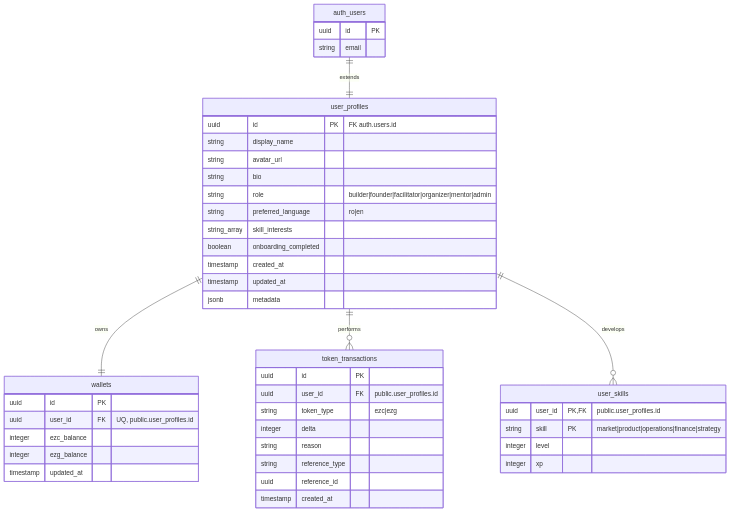
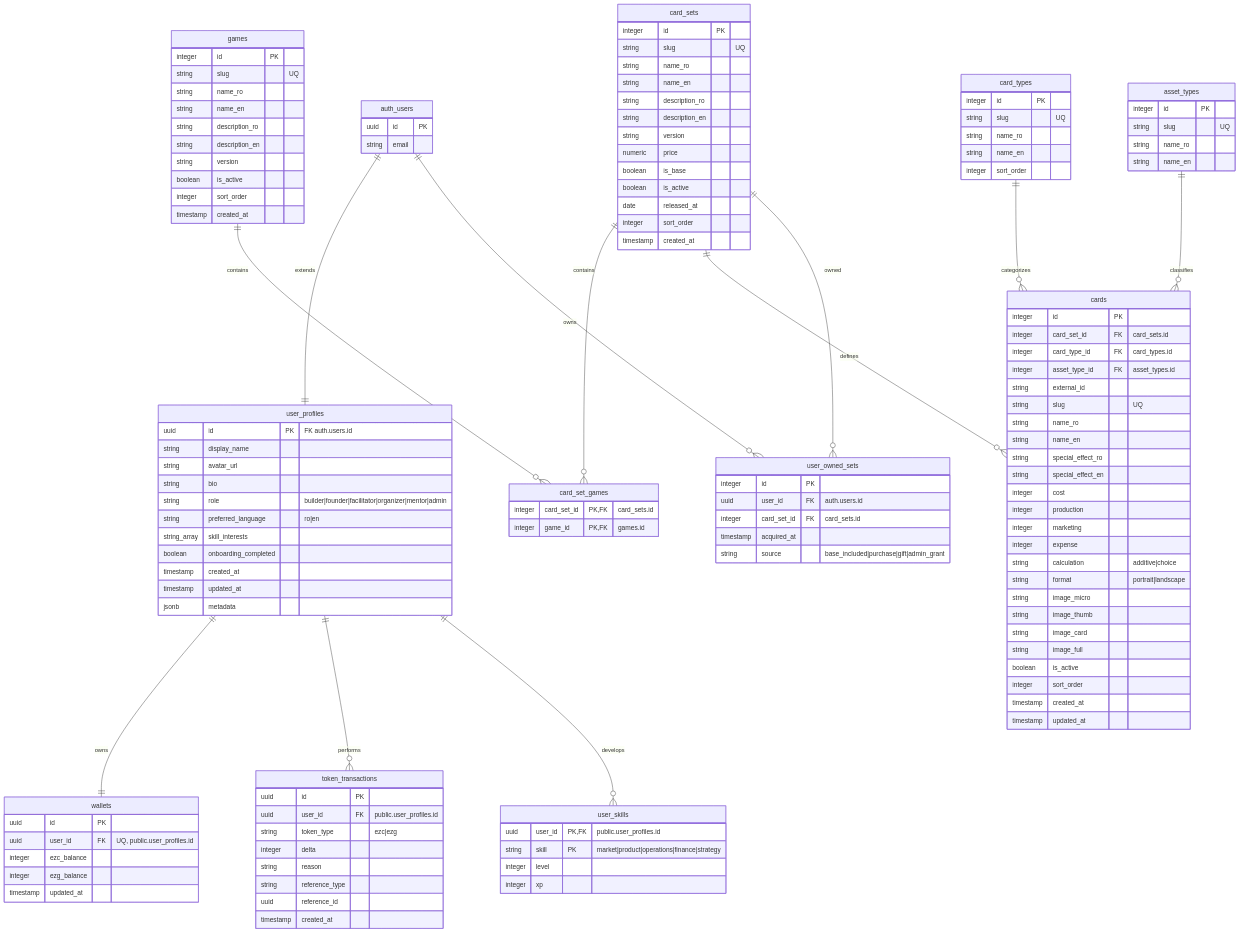
One commit to liviu1972-ctrl/EZplay changed the diagram in docs/technical/database-schema.md. Above: the diagram before and after it, drawn with Mermaid. The commit also changed other lines of this file and 2 other files, not shown here.

Commit message:
docs: update database schema, API reference, and architecture for the cards system

````diff
--- a/docs/technical/database-schema.md
+++ b/docs/technical/database-schema.md
@@ -52,8 +52,96 @@
         integer xp
     }
 
+    %% Card System Tables
+    games {
+        integer id PK
+        string slug "UQ"
+        string name_ro
+        string name_en
+        string description_ro
+        string description_en
+        string version
+        boolean is_active
+        integer sort_order
+        timestamp created_at
+    }
+    card_sets {
+        integer id PK
+        string slug "UQ"
+        string name_ro
+        string name_en
+        string description_ro
+        string description_en
+        string version
+        numeric price
+        boolean is_base
+        boolean is_active
+        date released_at
+        integer sort_order
+        timestamp created_at
+    }
+    card_set_games {
+        integer card_set_id PK, FK "card_sets.id"
+        integer game_id PK, FK "games.id"
+    }
+    card_types {
+        integer id PK
+        string slug "UQ"
+        string name_ro
+        string name_en
+        integer sort_order
+    }
+    asset_types {
+        integer id PK
+        string slug "UQ"
+        string name_ro
+        string name_en
+    }
+    cards {
+        integer id PK
+        integer card_set_id FK "card_sets.id"
+        integer card_type_id FK "card_types.id"
+        integer asset_type_id FK "asset_types.id"
+        string external_id
+        string slug "UQ"
+        string name_ro
+        string name_en
+        string special_effect_ro
+        string special_effect_en
+        integer cost
+        integer production
+        integer marketing
+        integer expense
+        string calculation "additive|choice"
+        string format "portrait|landscape"
+        string image_micro
+        string image_thumb
+        string image_card
+        string image_full
+        boolean is_active
+        integer sort_order
+        timestamp created_at
+        timestamp updated_at
+    }
+    user_owned_sets {
+        integer id PK
+        uuid user_id FK "auth.users.id"
+        integer card_set_id FK "card_sets.id"
+        timestamp acquired_at
+        string source "base_included|purchase|gift|admin_grant"
+    }
+
     auth_users ||--|| user_profiles : "extends"
     user_profiles ||--|| wallets : "owns"
     user_profiles ||--o{ token_transactions : "performs"
     user_profiles ||--o{ user_skills : "develops"
+
+    %% Card Connections
+    games ||--o{ card_set_games : "contains"
+    card_sets ||--o{ card_set_games : "contains"
+    card_sets ||--o{ cards : "defines"
+    card_types ||--o{ cards : "categorizes"
+    asset_types ||--o{ cards : "classifies"
+    auth_users ||--o{ user_owned_sets : "owns"
+    card_sets ||--o{ user_owned_sets : "owned"
 ```
````
